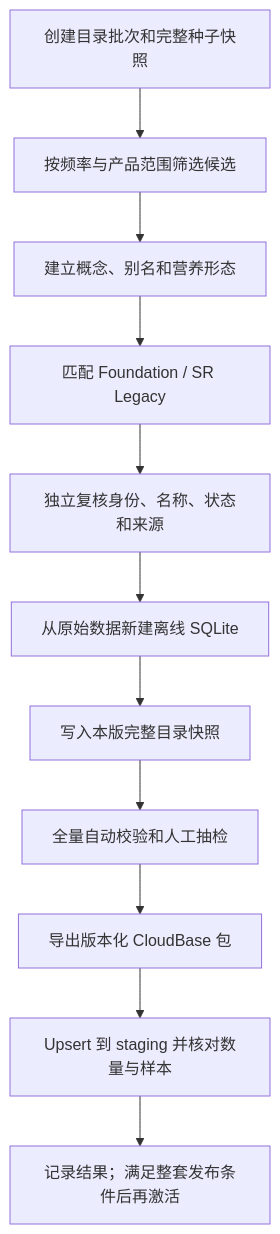
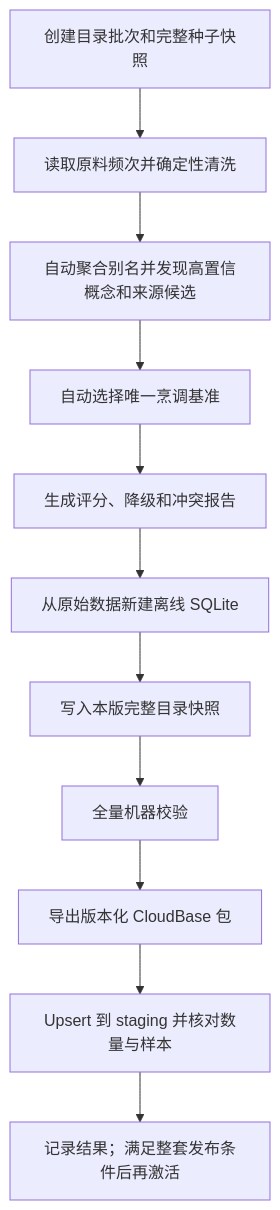
One commit to MartianC/dogfood changed the diagram in docs/data/ingredient-catalog-sop.md. Above: the diagram before and after it, drawn with Mermaid. The commit also changed other lines of this file and 53 other files, not shown here.

````diff
--- a/docs/data/ingredient-catalog-sop.md
+++ b/docs/data/ingredient-catalog-sop.md
@@ -88,13 +93,13 @@
 ```mermaid
 flowchart TD
-  A["创建目录批次和完整种子快照"] --> B["按频率与产品范围筛选候选"]
-  B --> C["建立概念、别名和营养形态"]
-  C --> D["匹配 Foundation / SR Legacy"]
-  D --> E["独立复核身份、名称、状态和来源"]
+  A["创建目录批次和完整种子快照"] --> B["读取原料频次并确定性清洗"]
+  B --> C["自动聚合别名并发现高置信概念和来源候选"]
+  C --> D["自动选择唯一烹调基准"]
+  D --> E["生成评分、降级和冲突报告"]
   E --> F["从原始数据新建离线 SQLite"]
   F --> G["写入本版完整目录快照"]
-  G --> H["全量自动校验和人工抽检"]
+  G --> H["全量机器校验"]
   H --> I["导出版本化 CloudBase 包"]
   I --> J["Upsert 到 staging 并核对数量与样本"]
   J --> K["记录结果；满足整套发布条件后再激活"]
 ```
````
